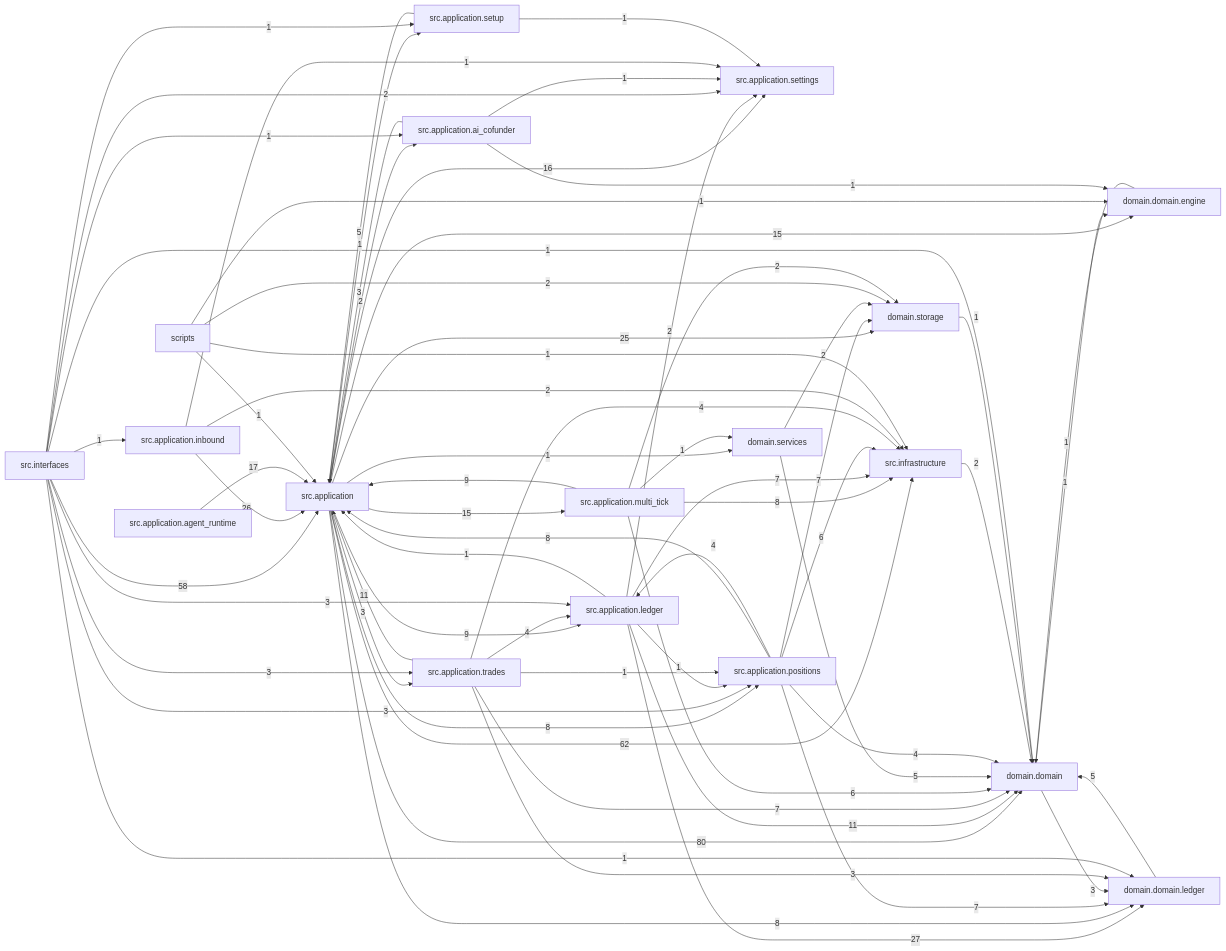
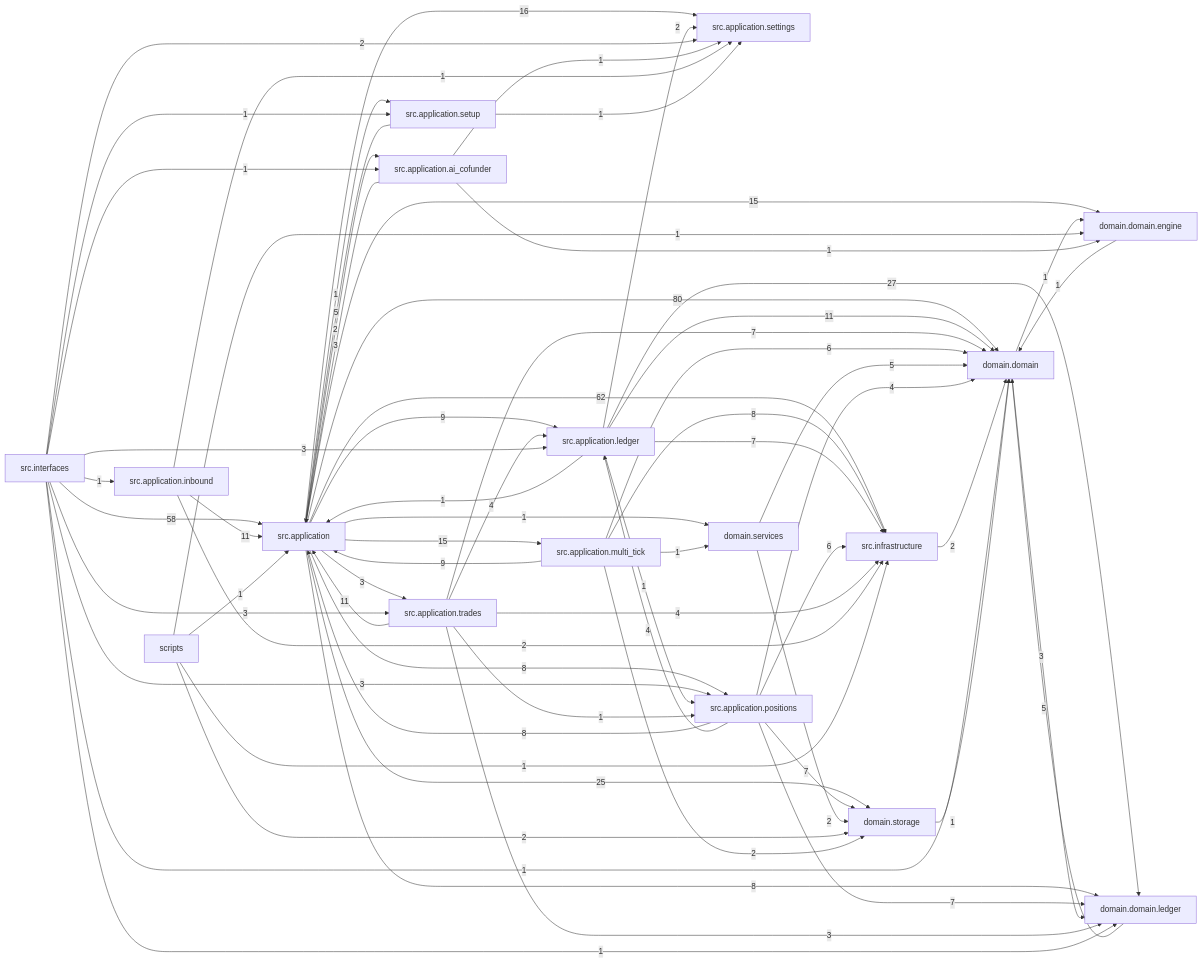
One commit to liuxie066/options-monitor changed the diagram in docs/dependency_graph.mmd. Above: the diagram before and after it, drawn with Mermaid. The commit also changed 49 other files, not shown here.

```diff
--- a/docs/dependency_graph.mmd
+++ b/docs/dependency_graph.mmd
@@ -1,68 +1,67 @@
 flowchart LR
   src_application["src.application"] -->|80| domain_domain["domain.domain"]
   src_application["src.application"] -->|62| src_infrastructure["src.infrastructure"]
   src_interfaces["src.interfaces"] -->|58| src_application["src.application"]
   src_application_ledger["src.application.ledger"] -->|27| domain_domain_ledger["domain.domain.ledger"]
-  src_application_inbound["src.application.inbound"] -->|26| src_application["src.application"]
   src_application["src.application"] -->|25| domain_storage["domain.storage"]
-  src_application_agent_runtime["src.application.agent_runtime"] -->|17| src_application["src.application"]
   src_application["src.application"] -->|16| src_application_settings["src.application.settings"]
   src_application["src.application"] -->|15| domain_domain_engine["domain.domain.engine"]
   src_application["src.application"] -->|15| src_application_multi_tick["src.application.multi_tick"]
+  src_application_inbound["src.application.inbound"] -->|11| src_application["src.application"]
   src_application_ledger["src.application.ledger"] -->|11| domain_domain["domain.domain"]
   src_application_trades["src.application.trades"] -->|11| src_application["src.application"]
   src_application["src.application"] -->|9| src_application_ledger["src.application.ledger"]
   src_application_multi_tick["src.application.multi_tick"] -->|9| src_application["src.application"]
   src_application["src.application"] -->|8| domain_domain_ledger["domain.domain.ledger"]
   src_application["src.application"] -->|8| src_application_positions["src.application.positions"]
   src_application_multi_tick["src.application.multi_tick"] -->|8| src_infrastructure["src.infrastructure"]
   src_application_positions["src.application.positions"] -->|8| src_application["src.application"]
   src_application_ledger["src.application.ledger"] -->|7| src_infrastructure["src.infrastructure"]
   src_application_positions["src.application.positions"] -->|7| domain_domain_ledger["domain.domain.ledger"]
   src_application_positions["src.application.positions"] -->|7| domain_storage["domain.storage"]
   src_application_trades["src.application.trades"] -->|7| domain_domain["domain.domain"]
   src_application_multi_tick["src.application.multi_tick"] -->|6| domain_domain["domain.domain"]
   src_application_positions["src.application.positions"] -->|6| src_infrastructure["src.infrastructure"]
   domain_domain_ledger["domain.domain.ledger"] -->|5| domain_domain["domain.domain"]
   domain_services["domain.services"] -->|5| domain_domain["domain.domain"]
   src_application_setup["src.application.setup"] -->|5| src_application["src.application"]
   src_application_positions["src.application.positions"] -->|4| domain_domain["domain.domain"]
   src_application_positions["src.application.positions"] -->|4| src_application_ledger["src.application.ledger"]
   src_application_trades["src.application.trades"] -->|4| src_application_ledger["src.application.ledger"]
   src_application_trades["src.application.trades"] -->|4| src_infrastructure["src.infrastructure"]
   domain_domain["domain.domain"] -->|3| domain_domain_ledger["domain.domain.ledger"]
   src_application["src.application"] -->|3| src_application_trades["src.application.trades"]
   src_application_ai_cofunder["src.application.ai_cofunder"] -->|3| src_application["src.application"]
   src_application_trades["src.application.trades"] -->|3| domain_domain_ledger["domain.domain.ledger"]
   src_interfaces["src.interfaces"] -->|3| src_application_ledger["src.application.ledger"]
   src_interfaces["src.interfaces"] -->|3| src_application_positions["src.application.positions"]
   src_interfaces["src.interfaces"] -->|3| src_application_trades["src.application.trades"]
   domain_services["domain.services"] -->|2| domain_storage["domain.storage"]
   scripts["scripts"] -->|2| domain_storage["domain.storage"]
   src_application["src.application"] -->|2| src_application_ai_cofunder["src.application.ai_cofunder"]
   src_application_inbound["src.application.inbound"] -->|2| src_infrastructure["src.infrastructure"]
   src_application_ledger["src.application.ledger"] -->|2| src_application_settings["src.application.settings"]
   src_application_multi_tick["src.application.multi_tick"] -->|2| domain_storage["domain.storage"]
   src_infrastructure["src.infrastructure"] -->|2| domain_domain["domain.domain"]
   src_interfaces["src.interfaces"] -->|2| src_application_settings["src.application.settings"]
   domain_domain["domain.domain"] -->|1| domain_domain_engine["domain.domain.engine"]
   domain_domain_engine["domain.domain.engine"] -->|1| domain_domain["domain.domain"]
   domain_storage["domain.storage"] -->|1| domain_domain["domain.domain"]
   scripts["scripts"] -->|1| domain_domain_engine["domain.domain.engine"]
   scripts["scripts"] -->|1| src_application["src.application"]
   scripts["scripts"] -->|1| src_infrastructure["src.infrastructure"]
   src_application["src.application"] -->|1| domain_services["domain.services"]
   src_application["src.application"] -->|1| src_application_setup["src.application.setup"]
   src_application_ai_cofunder["src.application.ai_cofunder"] -->|1| domain_domain_engine["domain.domain.engine"]
   src_application_ai_cofunder["src.application.ai_cofunder"] -->|1| src_application_settings["src.application.settings"]
   src_application_inbound["src.application.inbound"] -->|1| src_application_settings["src.application.settings"]
   src_application_ledger["src.application.ledger"] -->|1| src_application["src.application"]
   src_application_ledger["src.application.ledger"] -->|1| src_application_positions["src.application.positions"]
   src_application_multi_tick["src.application.multi_tick"] -->|1| domain_services["domain.services"]
   src_application_setup["src.application.setup"] -->|1| src_application_settings["src.application.settings"]
   src_application_trades["src.application.trades"] -->|1| src_application_positions["src.application.positions"]
   src_interfaces["src.interfaces"] -->|1| domain_domain["domain.domain"]
   src_interfaces["src.interfaces"] -->|1| domain_domain_ledger["domain.domain.ledger"]
   src_interfaces["src.interfaces"] -->|1| src_application_ai_cofunder["src.application.ai_cofunder"]
   src_interfaces["src.interfaces"] -->|1| src_application_inbound["src.application.inbound"]
   src_interfaces["src.interfaces"] -->|1| src_application_setup["src.application.setup"]
```
